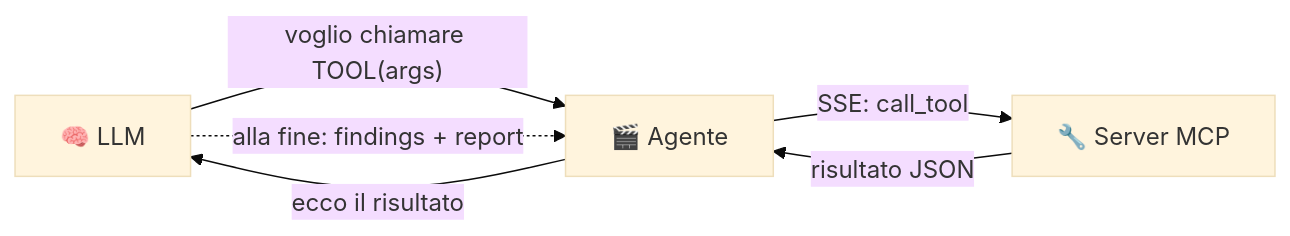
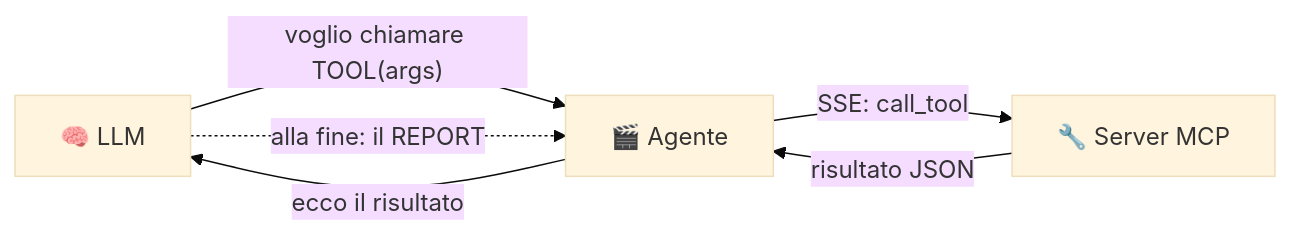
The first of 11 diagrams in documentazione/agent.md (iris-cmd22/Sibyl), drawn with Mermaid (base theme) before and after one commit. The commit also changed other lines of this file and 35 other files, not shown here.

````diff
--- a/documentazione/agent.md
+++ b/documentazione/agent.md
@@ -48,8 +42,8 @@
 ```mermaid
 flowchart LR
     LLM[🧠 LLM] -->|"voglio chiamare TOOL(args)"| AG[🎬 Agente]
     AG -->|"SSE: call_tool"| S[🔧 Server MCP]
     S -->|"risultato JSON"| AG
     AG -->|"ecco il risultato"| LLM
-    LLM -.->|"alla fine: findings + report"| AG
+    LLM -.->|"alla fine: il REPORT"| AG
 ```
````
